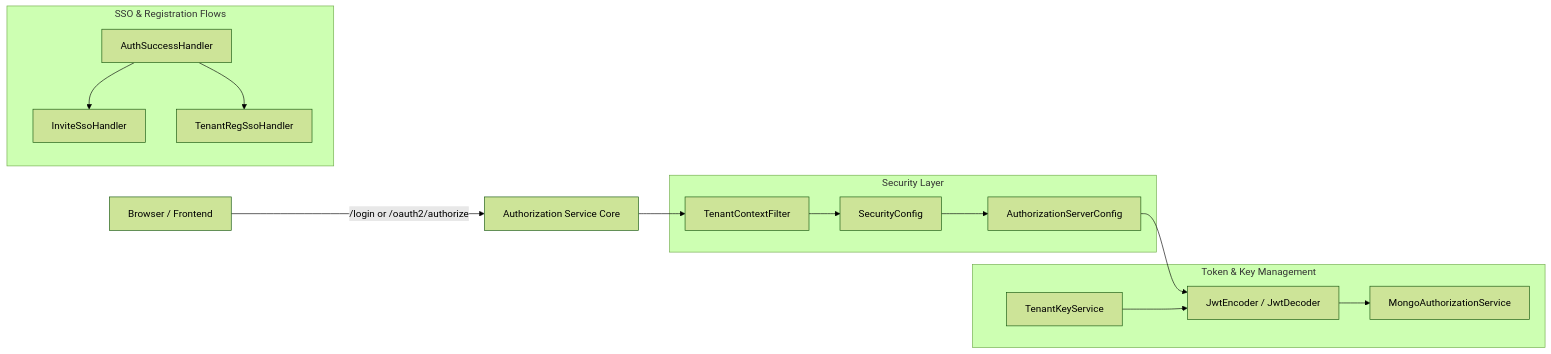
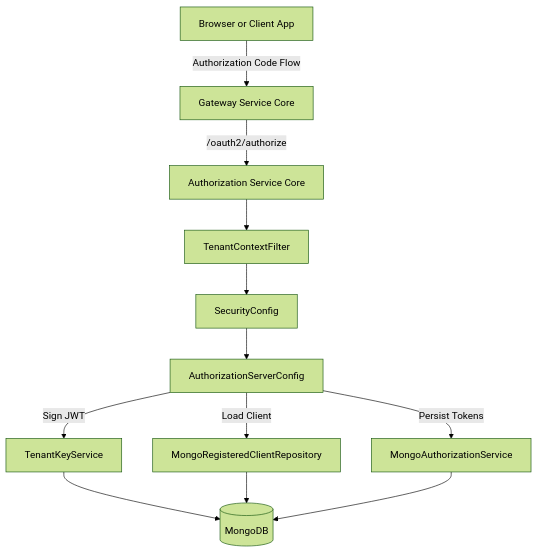
Before and after one commit to Praesto-Pro/openframe-oss-tenant: the diagram in docs/architecture/diagrams/authorization-service-core.mmd, drawn with Mermaid (forest theme). The commit also changed 149 other files, not shown here.

```diff
--- a/docs/architecture/diagrams/authorization-service-core.mmd
+++ b/docs/architecture/diagrams/authorization-service-core.mmd
@@ -1,29 +1,15 @@
-flowchart LR
-    Browser["Browser / Frontend"] -->|"/login or /oauth2/authorize"| AuthServer["Authorization Service Core"]
+flowchart TD
+    Browser["Browser or Client App"] -->|"Authorization Code Flow"| Gateway["Gateway Service Core"]
+    Gateway -->|"/oauth2/authorize"| Authz["Authorization Service Core"]
 
-    subgraph security_layer["Security Layer"]
-        TenantFilter["TenantContextFilter"]
-        SecurityConfigNode["SecurityConfig"]
-        AuthServerConfigNode["AuthorizationServerConfig"]
-    end
+    Authz --> TenantFilter["TenantContextFilter"]
+    TenantFilter --> Security["SecurityConfig"]
+    Security --> AuthServer["AuthorizationServerConfig"]
 
-    subgraph sso_layer["SSO & Registration Flows"]
-        InviteHandler["InviteSsoHandler"]
-        TenantRegHandler["TenantRegSsoHandler"]
-        AuthSuccess["AuthSuccessHandler"]
-    end
+    AuthServer -->|"Load Client"| ClientRepo["MongoRegisteredClientRepository"]
+    AuthServer -->|"Persist Tokens"| AuthService["MongoAuthorizationService"]
+    AuthServer -->|"Sign JWT"| KeyService["TenantKeyService"]
 
-    subgraph token_layer["Token & Key Management"]
-        JwkSource["TenantKeyService"]
-        JwtEncoderNode["JwtEncoder / JwtDecoder"]
-        MongoAuthService["MongoAuthorizationService"]
-    end
-
-    AuthServer --> TenantFilter
-    TenantFilter --> SecurityConfigNode
-    SecurityConfigNode --> AuthServerConfigNode
-    AuthServerConfigNode --> JwtEncoderNode
-    JwtEncoderNode --> MongoAuthService
-    JwkSource --> JwtEncoderNode
-    AuthSuccess --> InviteHandler
-    AuthSuccess --> TenantRegHandler
+    KeyService --> Mongo[("MongoDB")]
+    ClientRepo --> Mongo
+    AuthService --> Mongo
```
